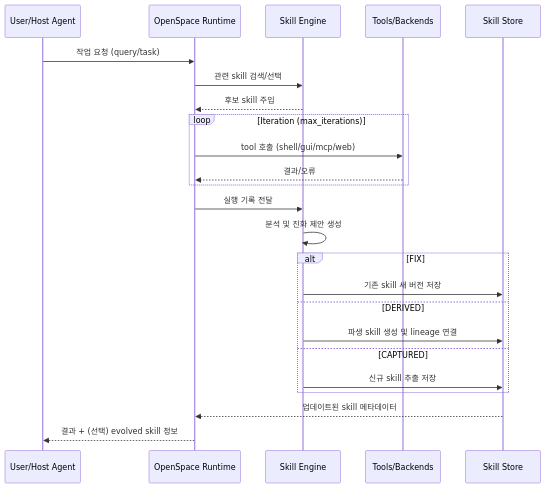
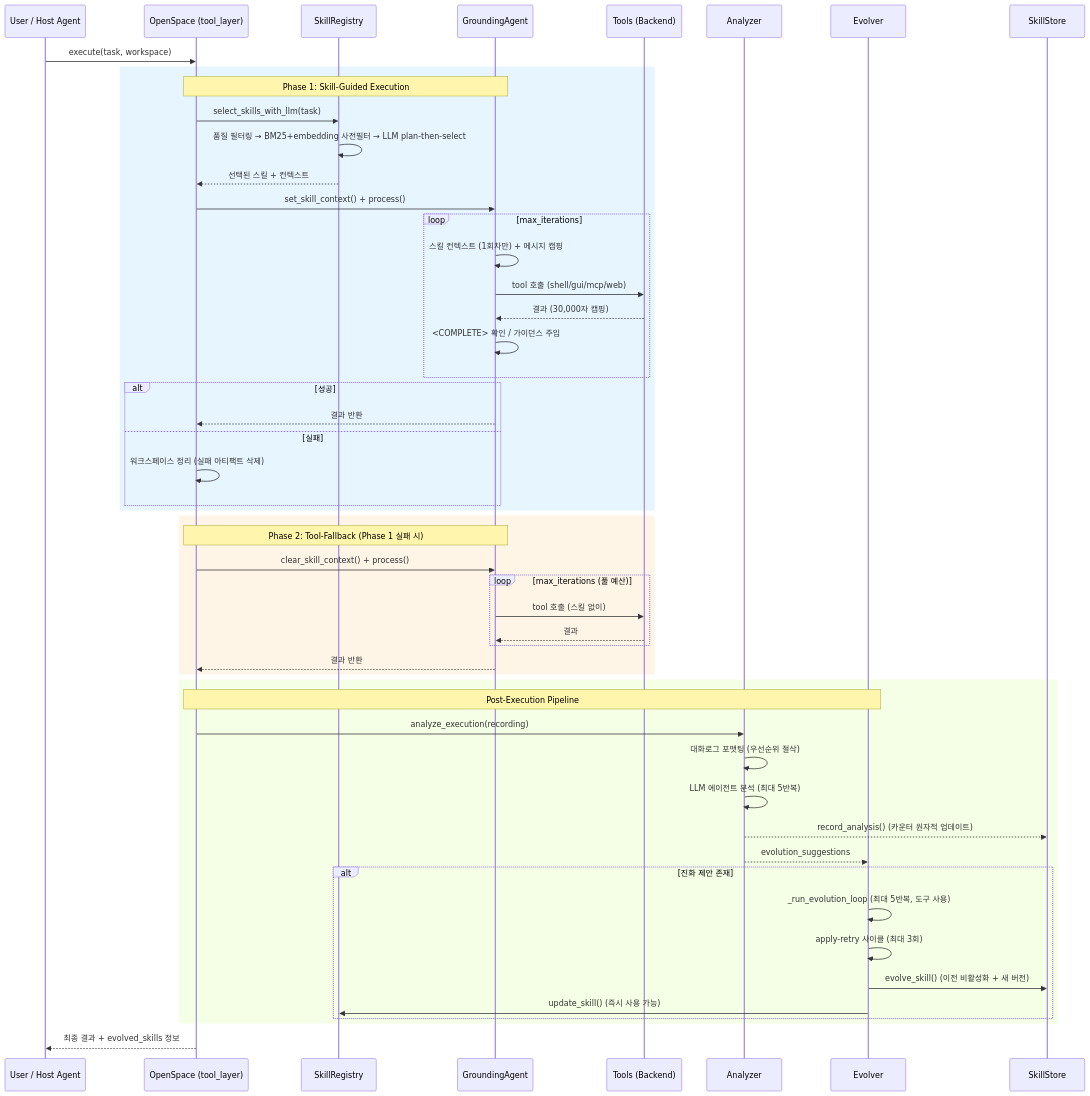
One commit to kimchanhyung98/agentic-workflows changed the second of 8 diagrams in openspace/00-diagram.md. Above: the diagram before and after it, drawn with Mermaid. The commit also changed other lines of this file and 4 other files, not shown here.

First line of the commit message:
docs: comprehensive OpenSpace code-level analysis

````diff
--- a/openspace/00-diagram.md
+++ b/openspace/00-diagram.md
@@ -51,31 +105,62 @@
 ```mermaid
 sequenceDiagram
-    participant U as User/Host Agent
-    participant O as OpenSpace Runtime
-    participant S as Skill Engine
-    participant T as Tools/Backends
-    participant DB as Skill Store
+    participant U as User / Host Agent
+    participant O as OpenSpace (tool_layer)
+    participant R as SkillRegistry
+    participant A as GroundingAgent
+    participant T as Tools (Backend)
+    participant AN as Analyzer
+    participant EV as Evolver
+    participant DB as SkillStore
 
-    U->>O: 작업 요청 (query/task)
-    O->>S: 관련 skill 검색/선택
-    S-->>O: 후보 skill 주입
+    U->>O: execute(task, workspace)
 
-    loop Iteration (max_iterations)
-        O->>T: tool 호출 (shell/gui/mcp/web)
-        T-->>O: 결과/오류
+    rect rgb(230, 245, 255)
+        Note over O,A: Phase 1: Skill-Guided Execution
+        O->>R: select_skills_with_llm(task)
+        R->>R: 품질 필터링 → BM25+embedding 사전필터 → LLM plan-then-select
+        R-->>O: 선택된 스킬 + 컨텍스트
+        O->>A: set_skill_context() + process()
+
+        loop max_iterations
+            A->>A: 스킬 컨텍스트 (1회차만) + 메시지 캡핑
+            A->>T: tool 호출 (shell/gui/mcp/web)
+            T-->>A: 결과 (30,000자 캡핑)
+            A->>A: <COMPLETE> 확인 / 가이던스 주입
+        end
+
+        alt 성공
+            A-->>O: 결과 반환
+        else 실패
+            O->>O: 워크스페이스 정리 (실패 아티팩트 삭제)
+        end
     end
 
-    O->>S: 실행 기록 전달
-    S->>S: 분석 및 진화 제안 생성
-
-    alt FIX
-        S->>DB: 기존 skill 새 버전 저장
-    else DERIVED
-        S->>DB: 파생 skill 생성 및 lineage 연결
-    else CAPTURED
-        S->>DB: 신규 skill 추출 저장
+    rect rgb(255, 245, 230)
+        Note over O,A: Phase 2: Tool-Fallback (Phase 1 실패 시)
+        O->>A: clear_skill_context() + process()
+        loop max_iterations (풀 예산)
+            A->>T: tool 호출 (스킬 없이)
+            T-->>A: 결과
+        end
+        A-->>O: 결과 반환
     end
 
-    DB-->>O: 업데이트된 skill 메타데이터
-    O-->>U: 결과 + (선택) evolved skill 정보
+    rect rgb(245, 255, 230)
+        Note over O,EV: Post-Execution Pipeline
+        O->>AN: analyze_execution(recording)
+        AN->>AN: 대화로그 포맷팅 (우선순위 절삭)
+        AN->>AN: LLM 에이전트 분석 (최대 5반복)
+        AN-->>DB: record_analysis() (카운터 원자적 업데이트)
+        AN-->>EV: evolution_suggestions
+
+        alt 진화 제안 존재
+            EV->>EV: _run_evolution_loop (최대 5반복, 도구 사용)
+            EV->>EV: apply-retry 사이클 (최대 3회)
+            EV->>DB: evolve_skill() (이전 비활성화 + 새 버전)
+            EV->>R: update_skill() (즉시 사용 가능)
+        end
+    end
+
+    O-->>U: 최종 결과 + evolved_skills 정보
 ```
````
